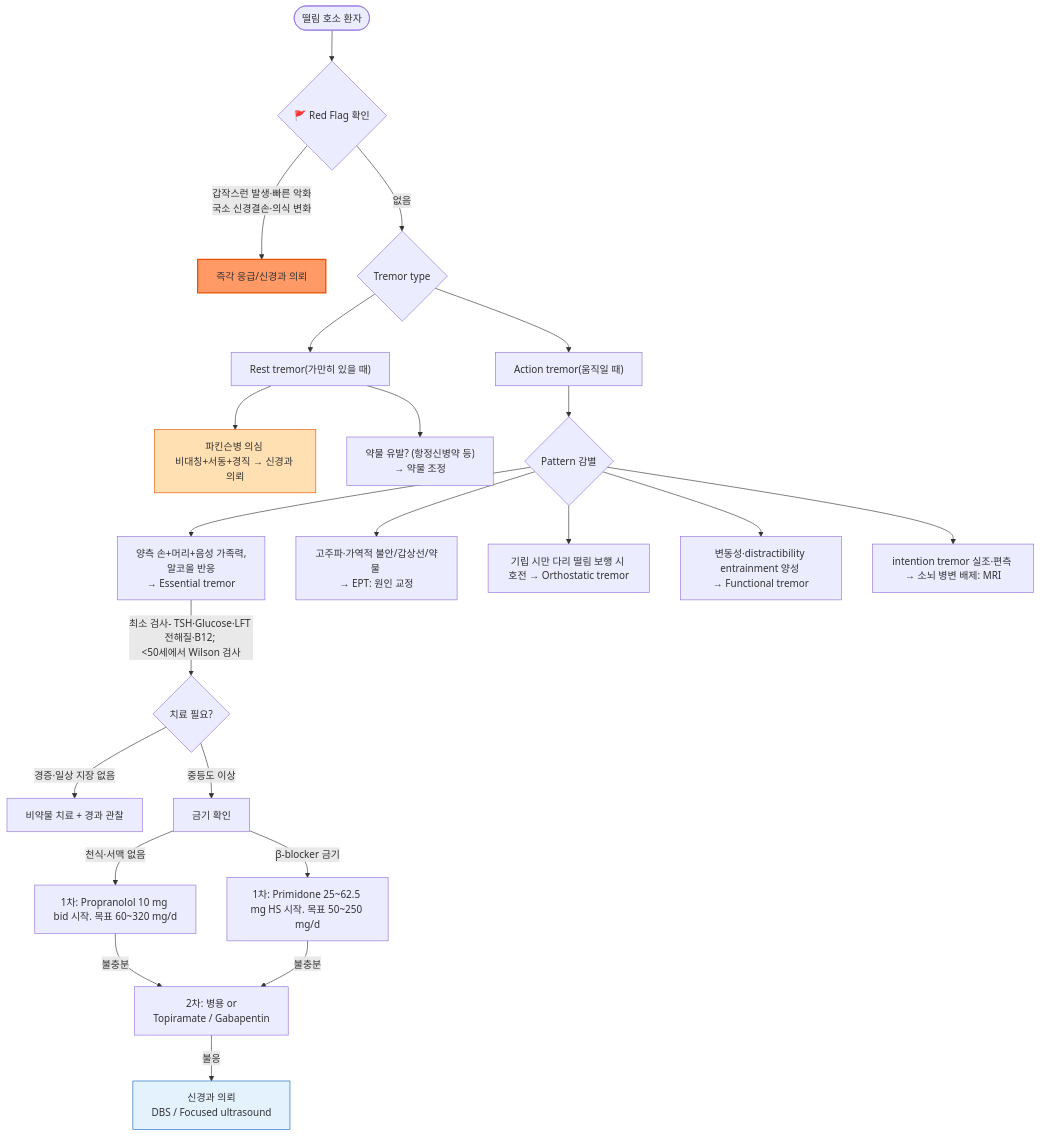
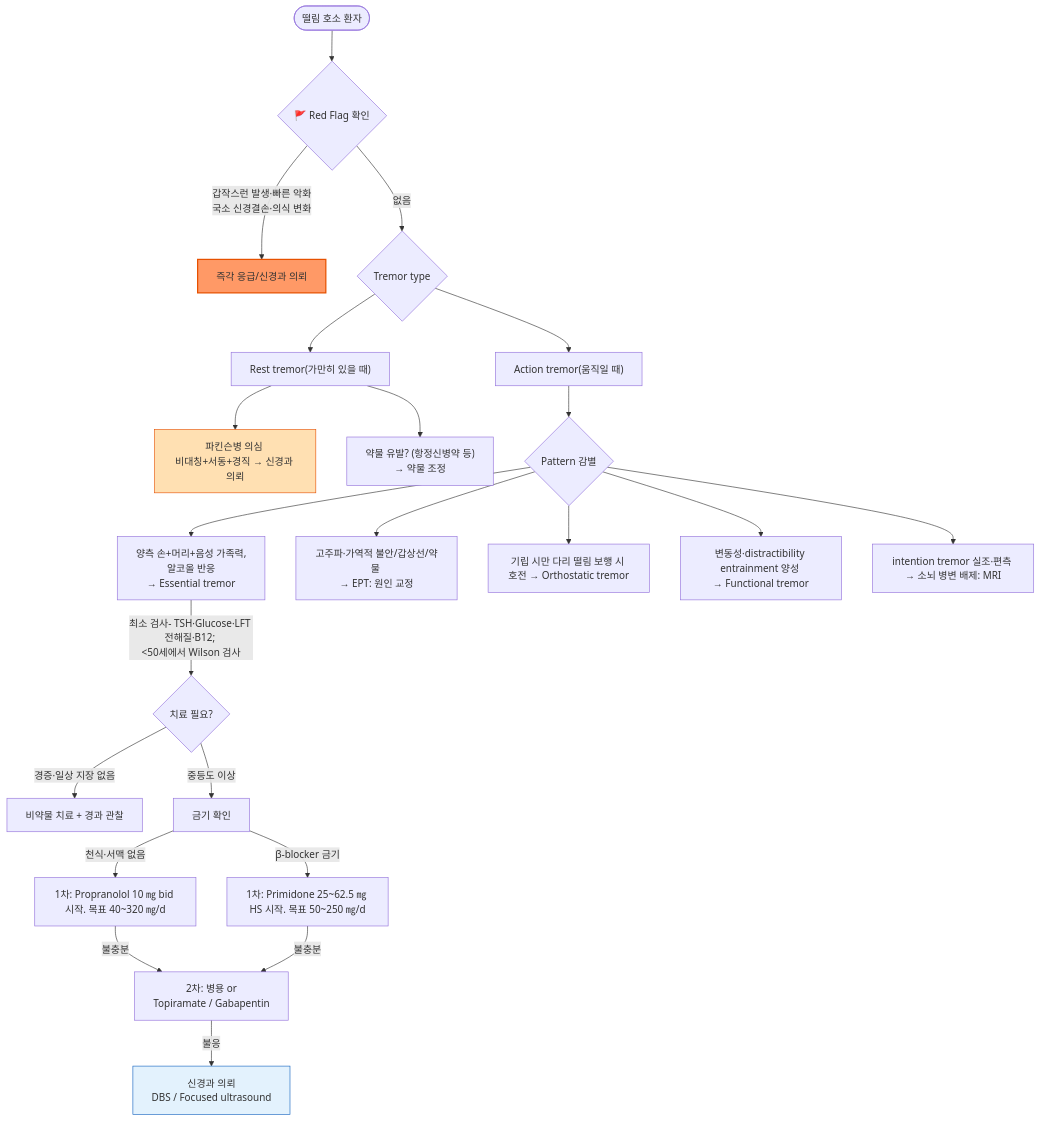
Before and after one commit to familyoh77/familyoh77: the diagram in 221_/034_-tremor.md, drawn with Mermaid. The commit also changed other lines of this file, not shown here.

````diff
--- a/221_/034_-tremor.md
+++ b/221_/034_-tremor.md
@@ -146,32 +146,32 @@
 ```mermaid
 flowchart TD
     A([떨림 호소 환자]) --> B{🚩 Red Flag 확인}
     B -- "갑작스런 발생·빠른 악화<br/>국소 신경결손·의식 변화" --> C[즉각 응급/신경과 의뢰]
     B -- 없음 --> D{Tremor type}
 
     D --> E["Rest tremor(가만히 있을 때)"]
     D --> F["Action tremor(움직일 때)"]
 
     E --> G["파킨슨병 의심 <br/>비대칭+서동+경직 → 신경과 의뢰"]
     E --> H["약물 유발? (항정신병약 등) <br/>→ 약물 조정"]
 
     F --> I{Pattern 감별}
     I --> J["양측 손+머리+음성 가족력, <br/>알코올 반응 <br/>→ Essential tremor"]
     I --> K["고주파·가역적 불안/갑상선/약물 <br/>→ EPT: 원인 교정"]
     I --> L["기립 시만 다리 떨림 보행 시 호전 → Orthostatic tremor"]
     I --> M["변동성·distractibility entrainment 양성 <br/>→ Functional tremor"]
     I --> N["intention tremor 실조·편측 → 소뇌 병변 배제: MRI"]
 
     J --"최소 검사- TSH·Glucose·LFT 전해질·B12; <br/><50세에서 Wilson 검사"--> P{치료 필요?}
     P -- "경증·일상 지장 없음" --> Q[비약물 치료 + 경과 관찰]
     P -- "중등도 이상" --> R[금기 확인]
-    R -- "천식·서맥 없음" --> S["1차: Propranolol 10 mg bid 시작. 목표 60~320 mg/d"]
-    R -- "β-blocker 금기" --> T["1차: Primidone 25~62.5 mg HS 시작. 목표 50~250 mg/d"]
+    R -- "천식·서맥 없음" --> S["1차: Propranolol 10 ㎎ bid 시작. 목표 40~320 ㎎/d"]
+    R -- "β-blocker 금기" --> T["1차: Primidone 25~62.5 ㎎ HS 시작. 목표 50~250 ㎎/d"]
     S -- 불충분 --> U["2차: 병용 or <br/>Topiramate / Gabapentin"]
     T -- 불충분 --> U
     U -- 불응 --> V["신경과 의뢰 <br/>DBS / Focused ultrasound"]
 
     style C fill:#f96,stroke:#e65100,stroke-width:2px
     style G fill:#ffe0b2,stroke:#e65100
     style V fill:#e3f2fd,stroke:#1565c0
 ```
````
